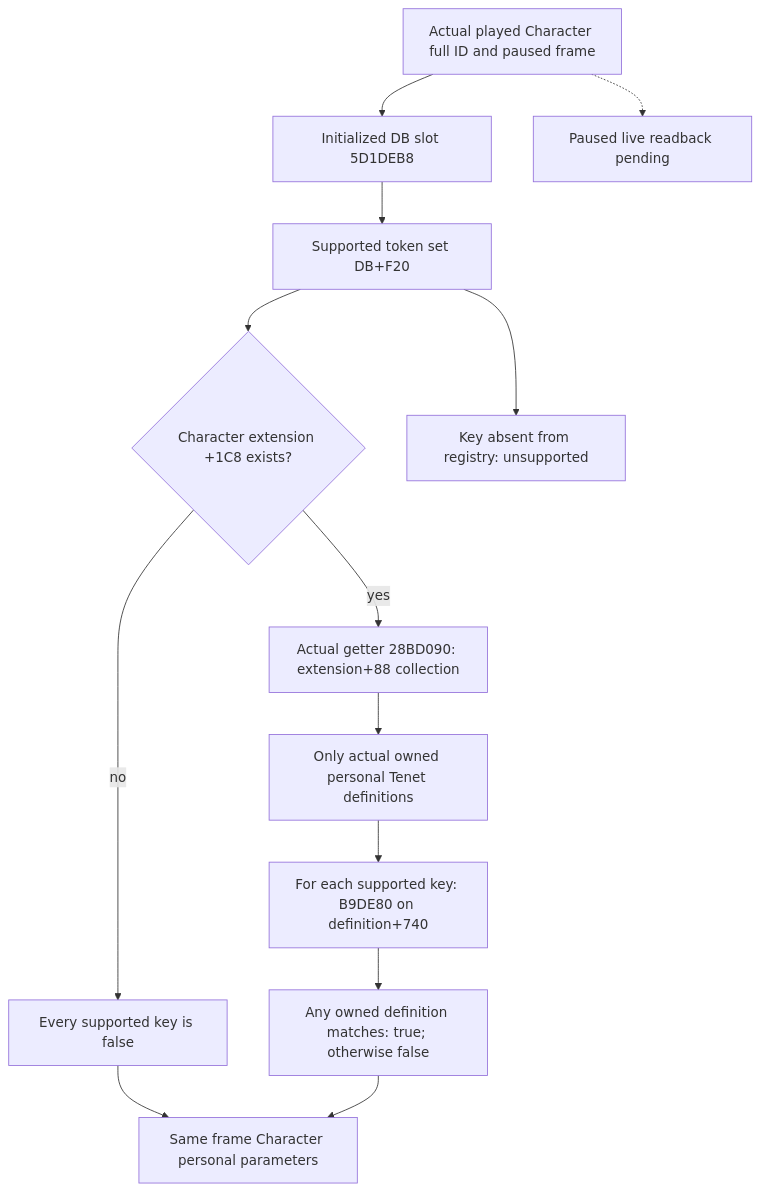
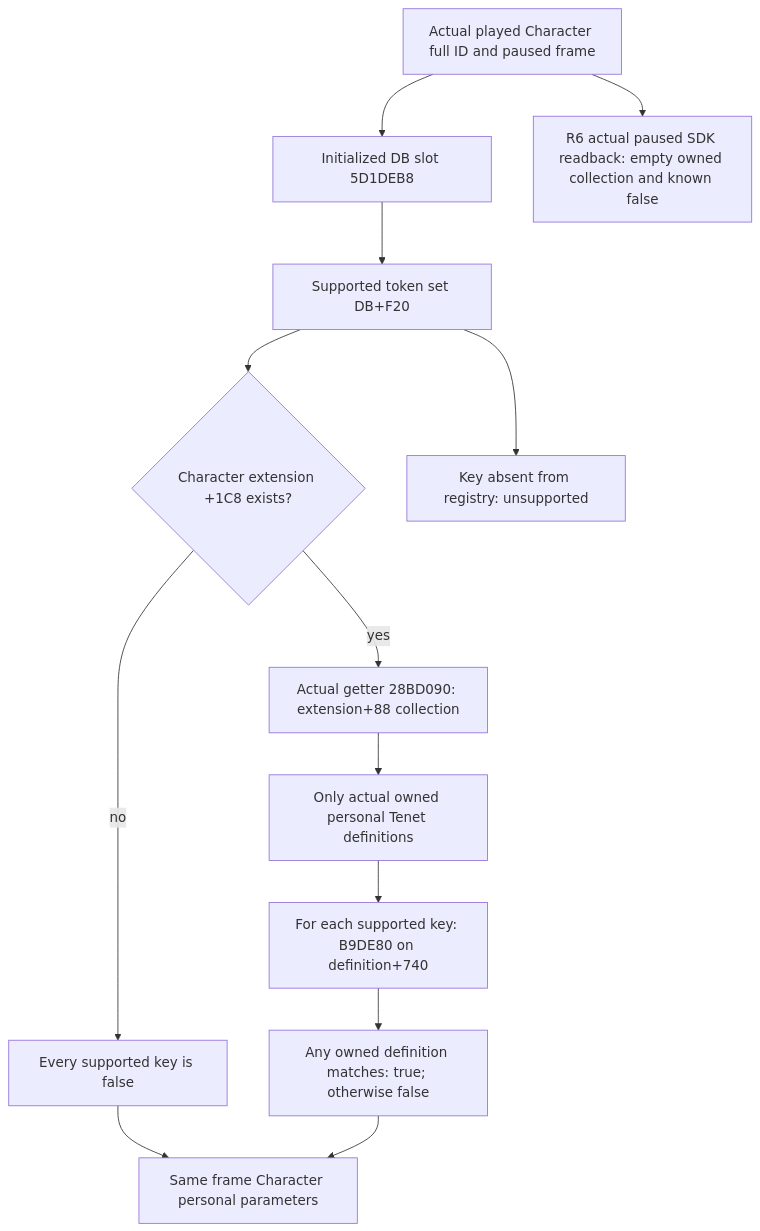
One commit to XenoAmess/ck3_eternal_recurrence changed the diagram in docs/ck3-native-ai/religion_doctrine12002_personal_parameters.md. Above: the diagram before and after it, drawn with Mermaid. The commit also changed other lines of this file and 4 other files, not shown here.

````diff
--- a/docs/ck3-native-ai/religion_doctrine12002_personal_parameters.md
+++ b/docs/ck3-native-ai/religion_doctrine12002_personal_parameters.md
@@ -9,15 +9,15 @@
 ```mermaid
 flowchart TD
   A[Actual played Character full ID and paused frame] --> R[Initialized DB slot 5D1DEB8]
   R --> S[Supported token set DB+F20]
   S --> E{Character extension +1C8 exists?}
   E -->|no| F[Every supported key is false]
   E -->|yes| G[Actual getter 28BD090: extension+88 collection]
   G --> D[Only actual owned personal Tenet definitions]
   D --> B[For each supported key: B9DE80 on definition+740]
   B --> V[Any owned definition matches: true; otherwise false]
   F --> O[Same frame Character personal parameters]
   V --> O
   S --> U[Key absent from registry: unsupported]
-  A -.-> X[Paused live readback pending]
+  A --> X[R6 actual paused SDK readback: empty owned collection and known false]
 ```
````
